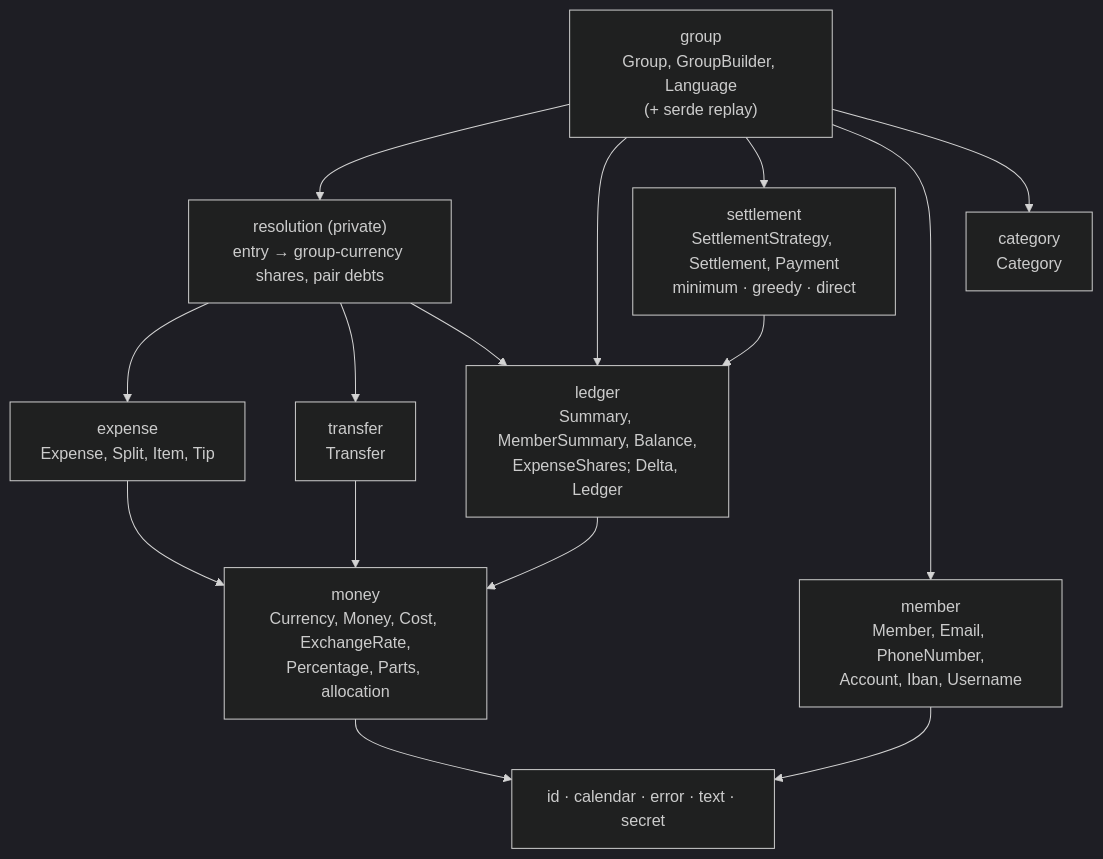
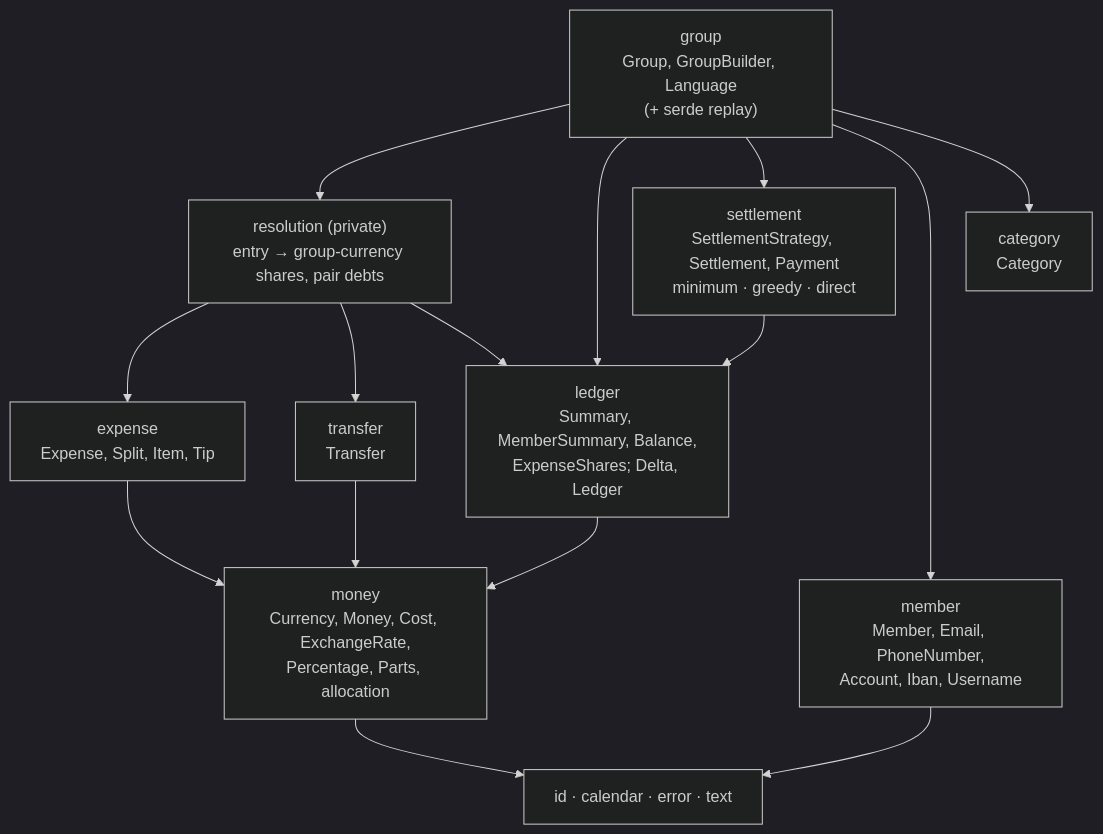
One commit to cristiancristea00/eranos changed the first of 2 diagrams in docs/ARCHITECTURE.md. Above: the diagram before and after it, drawn with Mermaid (dark theme). The commit also changed other lines of this file and 15 other files, not shown here.

````diff
--- a/docs/ARCHITECTURE.md
+++ b/docs/ARCHITECTURE.md
@@ -55,27 +54,27 @@
 ```mermaid
 flowchart TD
     GROUP["group<br/>Group, GroupBuilder, Language<br/>(+ serde replay)"]
     RESOLUTION["resolution (private)<br/>entry → group-currency shares, pair debts"]
     LEDGER["ledger<br/>Summary, MemberSummary, Balance,<br/>ExpenseShares; Delta, Ledger"]
     SETTLEMENT["settlement<br/>SettlementStrategy, Settlement, Payment<br/>minimum · greedy · direct"]
     EXPENSE["expense<br/>Expense, Split, Item, Tip"]
     TRANSFER["transfer<br/>Transfer"]
     MEMBER["member<br/>Member, Email, PhoneNumber,<br/>Account, Iban, Username"]
     CATEGORY["category<br/>Category"]
     MONEY["money<br/>Currency, Money, Cost, ExchangeRate,<br/>Percentage, Parts, allocation"]
-    BASE["id · calendar · error · text · secret"]
+    BASE["id · calendar · error · text"]
     GROUP --> RESOLUTION
     GROUP --> LEDGER
     GROUP --> SETTLEMENT
     GROUP --> MEMBER
     GROUP --> CATEGORY
     RESOLUTION --> EXPENSE
     RESOLUTION --> TRANSFER
     RESOLUTION --> LEDGER
     SETTLEMENT --> LEDGER
     EXPENSE --> MONEY
     TRANSFER --> MONEY
     LEDGER --> MONEY
     MONEY --> BASE
     MEMBER --> BASE
 ```
````
